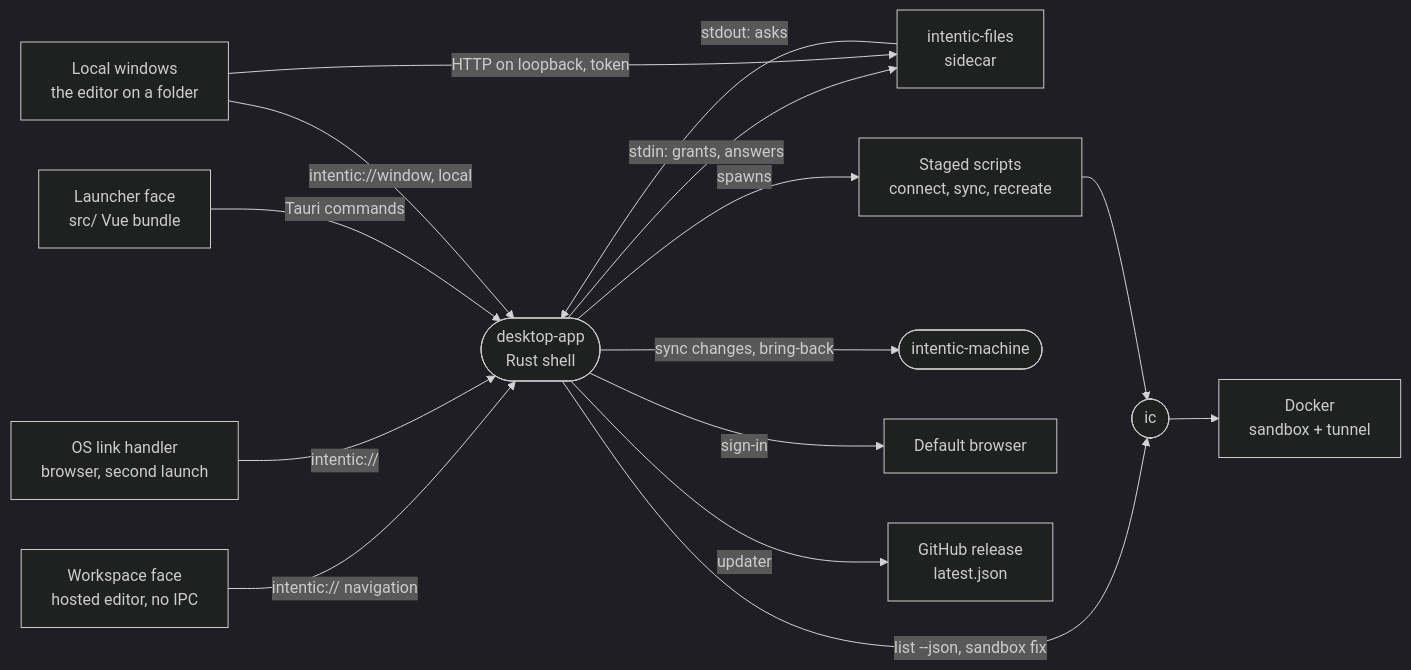
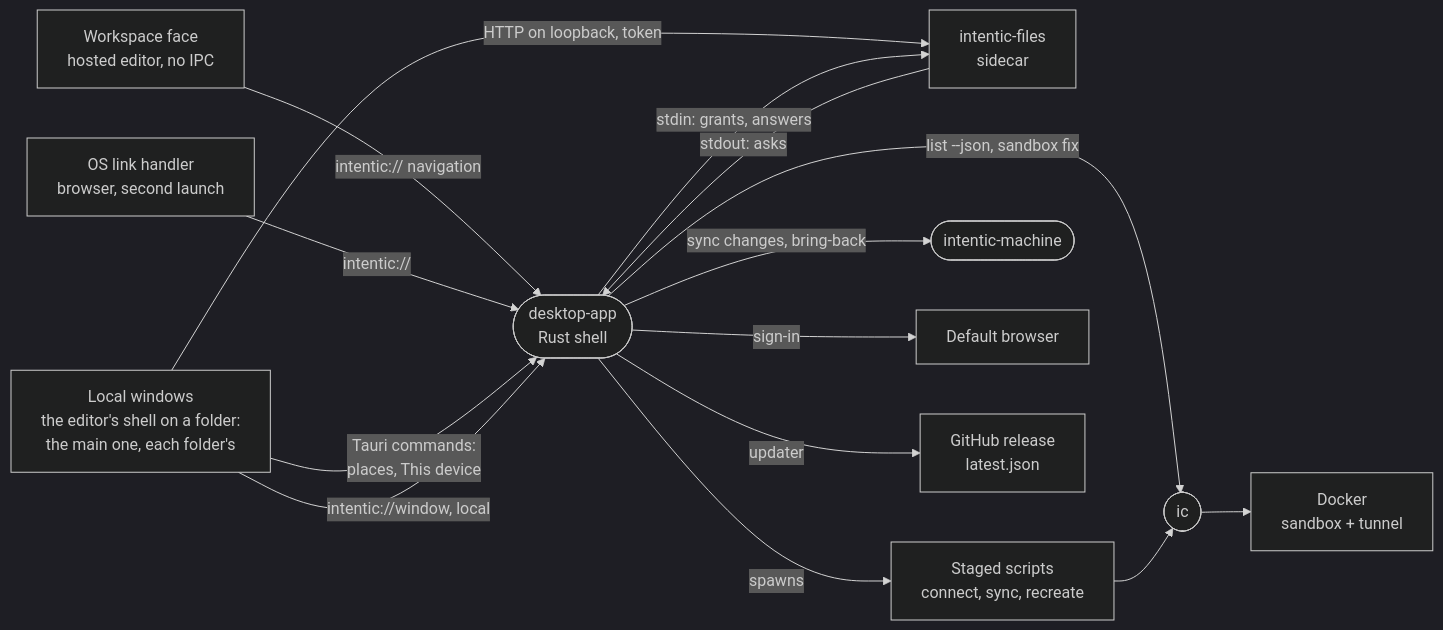
One commit to intentic/intentic changed the diagram in _editor/desktop-app/README.md. Above: the diagram before and after it, drawn with Mermaid (dark theme). The commit also changed other lines of this file and 81 other files, not shown here.

First line of the commit message:
feat(desktop): replace launcher with LocalShell on folder and DeviceView in rail

````diff
--- a/_editor/desktop-app/README.md
+++ b/_editor/desktop-app/README.md
@@ -5,17 +5,17 @@
 ```mermaid
 flowchart LR
     spa["Workspace face<br/>hosted editor, no IPC"] -->|"intentic:// navigation"| app(["desktop-app<br/>Rust shell"])
     os["OS link handler<br/>browser, second launch"] -->|"intentic://"| app
-    launcher["Launcher face<br/>src/ Vue bundle"] -->|"Tauri commands"| app
-    local["Local windows<br/>the editor on a folder"] -->|"intentic://window, local"| app
-    app -->|"stdin: grants, answers"| files["intentic-files<br/>sidecar"]
+    local["Local windows<br/>the editor's shell on a folder:<br/>the main one, each folder's"] -->|"Tauri commands:<br/>places, This device"| app
+    local -->|"intentic://window, local"| app
+    local -->|"HTTP on loopback, token"| files["intentic-files<br/>sidecar"]
+    app -->|"stdin: grants, answers"| files
     files -->|"stdout: asks"| app
-    local -->|"HTTP on loopback, token"| files
     app -->|"spawns"| scripts["Staged scripts<br/>connect, sync, recreate"]
     app -->|"sync changes, bring-back"| machine(["intentic-machine"])
     app -->|"list --json, sandbox fix"| ic(["ic"])
     scripts --> ic
     ic --> docker["Docker<br/>sandbox + tunnel"]
     app -->|"sign-in"| browser["Default browser"]
     app -->|"updater"| release["GitHub release<br/>latest.json"]
 ```
````
